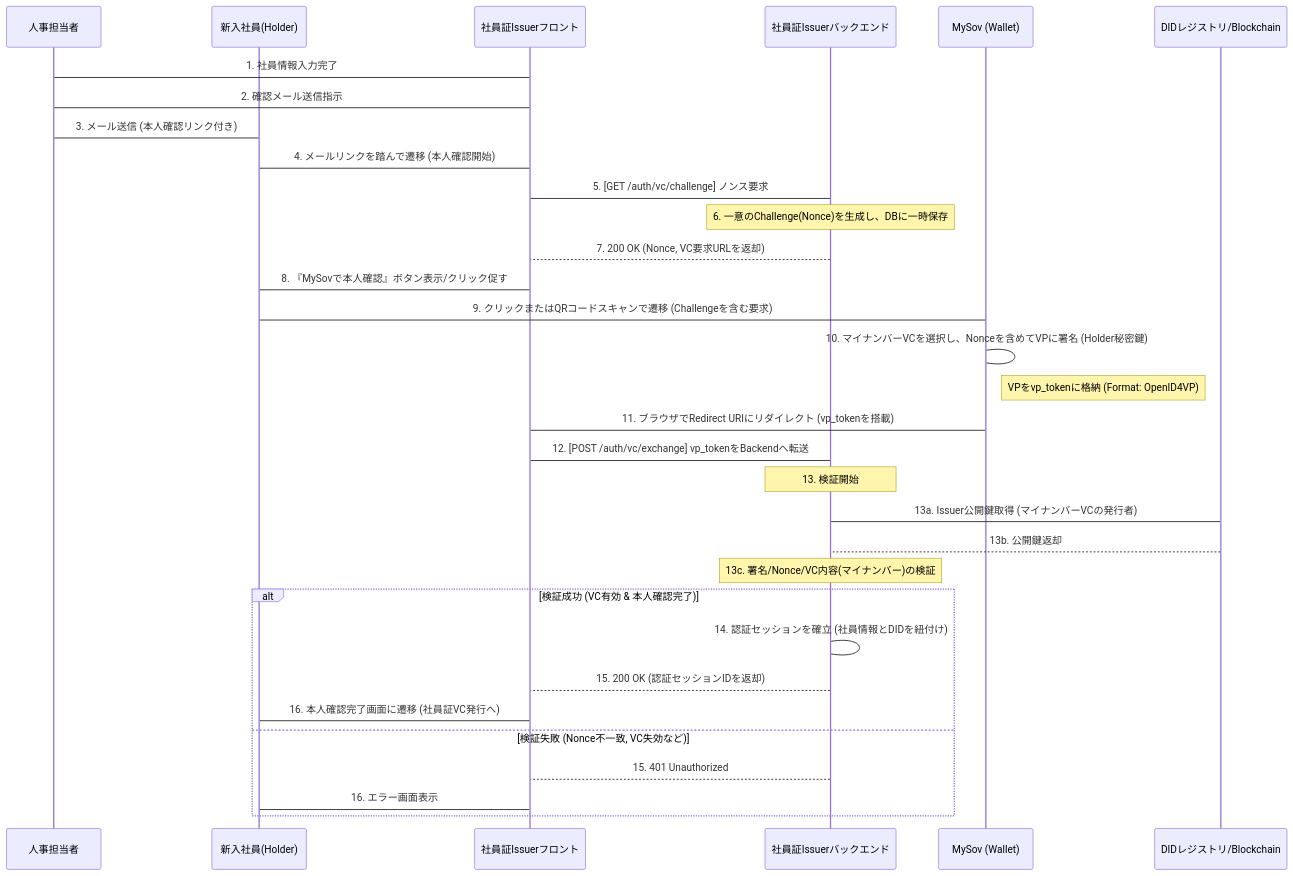
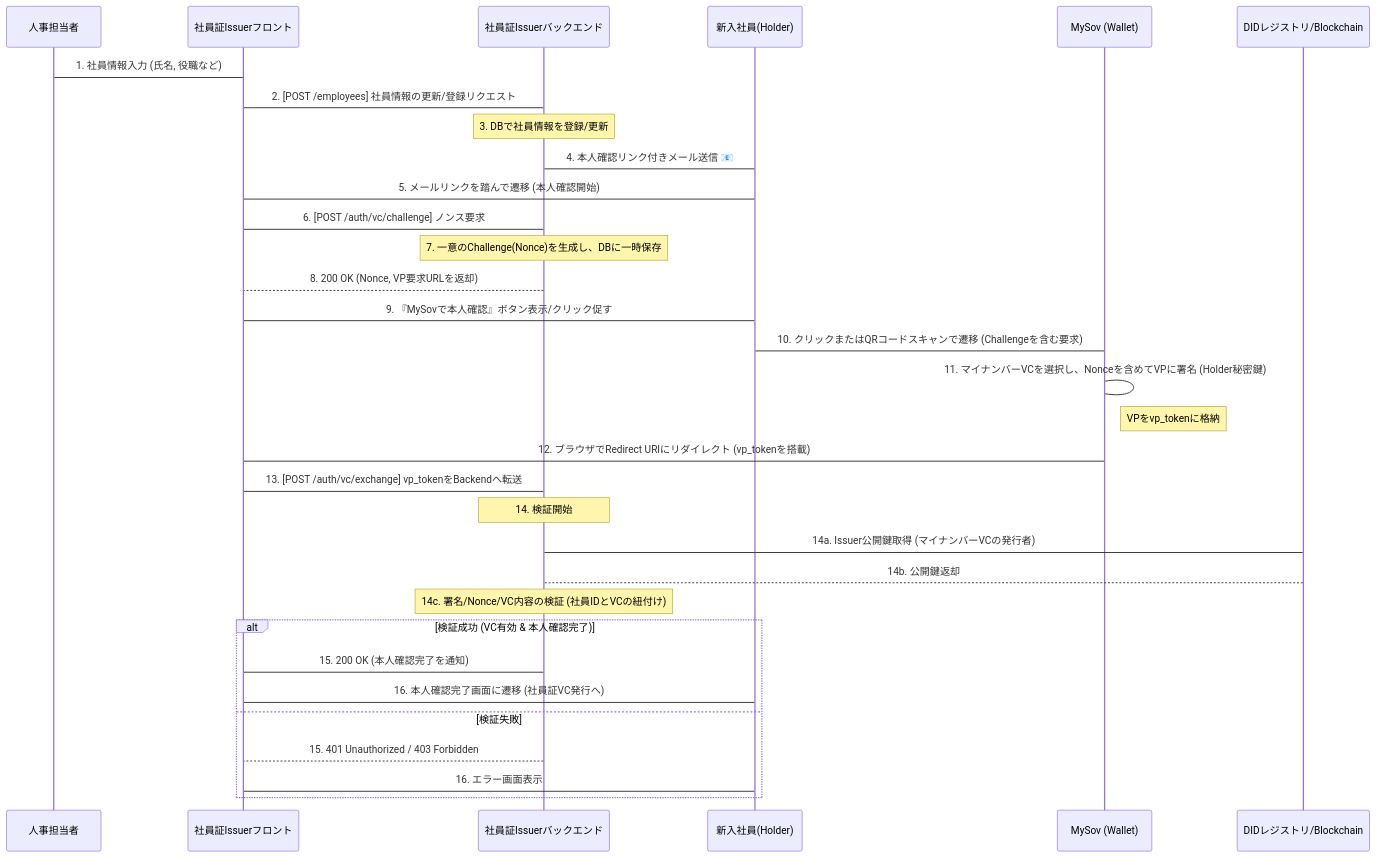
The second of 2 diagrams in README.md (satoke-dp/sample), drawn with Mermaid before and after one commit.

````diff
--- a/README.md
+++ b/README.md
@@ -42,45 +42,45 @@
 ```mermaid
 sequenceDiagram
     participant HR as 人事担当者
-    participant NewHire as 新入社員(Holder)
     participant IssuerFE as 社員証Issuerフロント
     participant IssuerBE as 社員証Issuerバックエンド
+    participant NewHire as 新入社員(Holder)
     participant MySov as MySov (Wallet)
     participant VDR as DIDレジストリ/Blockchain
 
-    %% 1. 発行開始 (HRからのトリガー)
-    HR->IssuerFE: 1. 社員情報入力完了
-    IssuerFE->HR: 2. 確認メール送信指示
-    HR->NewHire: 3. メール送信 (本人確認リンク付き)
-    NewHire->IssuerFE: 4. メールリンクを踏んで遷移 (本人確認開始)
+    %% 1. 情報入力と更新 (発行のトリガー)
+    HR->IssuerFE: 1. 社員情報入力 (氏名, 役職など)
+    IssuerFE->IssuerBE: 2. [POST /employees] 社員情報の更新/登録リクエスト
+    Note over IssuerBE: 3. DBで社員情報を登録/更新
+    IssuerBE->NewHire: 4. 本人確認リンク付きメール送信 📧
 
-    %% 2. VC検証要求 (Challenge Generation)
-    IssuerFE->IssuerBE: 5. [GET /auth/vc/challenge] ノンス要求
-    Note over IssuerBE: 6. 一意のChallenge(Nonce)を生成し、DBに一時保存
-    IssuerBE-->IssuerFE: 7. 200 OK (Nonce, VC要求URLを返却)
+    %% 5. VC検証要求 (Challenge Generation)
+    NewHire->IssuerFE: 5. メールリンクを踏んで遷移 (本人確認開始)
+    IssuerFE->IssuerBE: 6. [POST /auth/vc/challenge] ノンス要求
+    Note over IssuerBE: 7. 一意のChallenge(Nonce)を生成し、DBに一時保存
+    IssuerBE-->IssuerFE: 8. 200 OK (Nonce, VP要求URLを返却)
     
-    IssuerFE->NewHire: 8. 『MySovで本人確認』ボタン表示/クリック促す
-    NewHire->MySov: 9. クリックまたはQRコードスキャンで遷移 (Challengeを含む要求)
+    IssuerFE->NewHire: 9. 『MySovで本人確認』ボタン表示/クリック促す
+    NewHire->MySov: 10. クリックまたはQRコードスキャンで遷移 (Challengeを含む要求)
 
-    %% 3. 署名と提示 (VP Presentation)
-    MySov->MySov: 10. マイナンバーVCを選択し、Nonceを含めてVPに署名 (Holder秘密鍵)
-    Note right of MySov: VPをvp_tokenに格納 (Format: OpenID4VP)
-    MySov->IssuerFE: 11. ブラウザでRedirect URIにリダイレクト (vp_tokenを搭載)
+    %% 6. 署名と提示 (VP Presentation)
+    MySov->MySov: 11. マイナンバーVCを選択し、Nonceを含めてVPに署名 (Holder秘密鍵)
+    Note right of MySov: VPをvp_tokenに格納
+    MySov->IssuerFE: 12. ブラウザでRedirect URIにリダイレクト (vp_tokenを搭載)
 
-    %% 4. 検証と認証 (Verification)
-    IssuerFE->IssuerBE: 12. [POST /auth/vc/exchange] vp_tokenをBackendへ転送
+    %% 7. 検証と認証 (Verification)
+    IssuerFE->IssuerBE: 13. [POST /auth/vc/exchange] vp_tokenをBackendへ転送
     
-    Note over IssuerBE: 13. 検証開始
-    IssuerBE->VDR: 13a. Issuer公開鍵取得 (マイナンバーVCの発行者)
-    VDR-->IssuerBE: 13b. 公開鍵返却
-    Note over IssuerBE: 13c. 署名/Nonce/VC内容(マイナンバー)の検証
+    Note over IssuerBE: 14. 検証開始
+    IssuerBE->VDR: 14a. Issuer公開鍵取得 (マイナンバーVCの発行者)
+    VDR-->IssuerBE: 14b. 公開鍵返却
+    Note over IssuerBE: 14c. 署名/Nonce/VC内容の検証 (社員IDとVCの紐付け)
 
     alt 検証成功 (VC有効 & 本人確認完了)
-        IssuerBE->IssuerBE: 14. 認証セッションを確立 (社員情報とDIDを紐付け)
-        IssuerBE-->IssuerFE: 15. 200 OK (認証セッションIDを返却)
+        IssuerBE->IssuerFE: 15. 200 OK (本人確認完了を通知)
         IssuerFE->NewHire: 16. 本人確認完了画面に遷移 (社員証VC発行へ)
-    else 検証失敗 (Nonce不一致, VC失効など)
-        IssuerBE-->IssuerFE: 15. 401 Unauthorized
+    else 検証失敗
+        IssuerBE-->IssuerFE: 15. 401 Unauthorized / 403 Forbidden
         IssuerFE->NewHire: 16. エラー画面表示
     end
 ```
````
